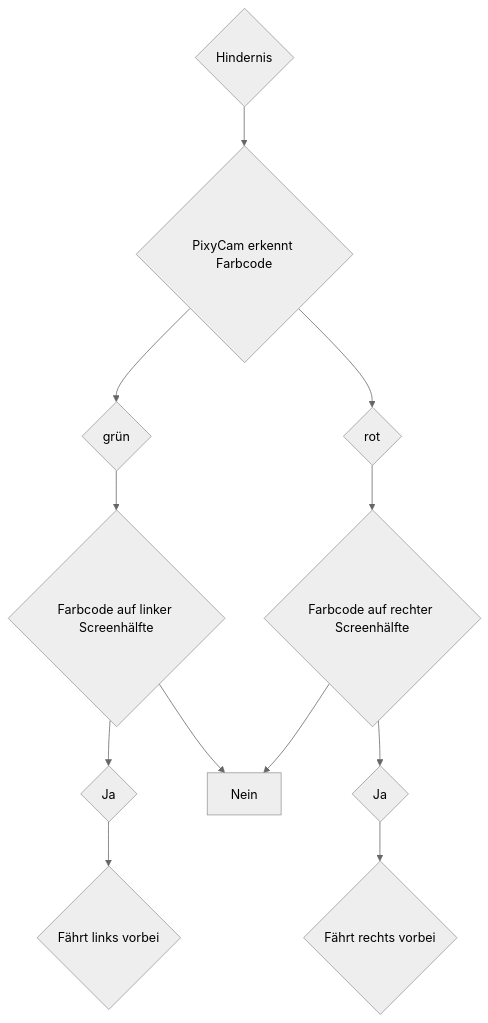
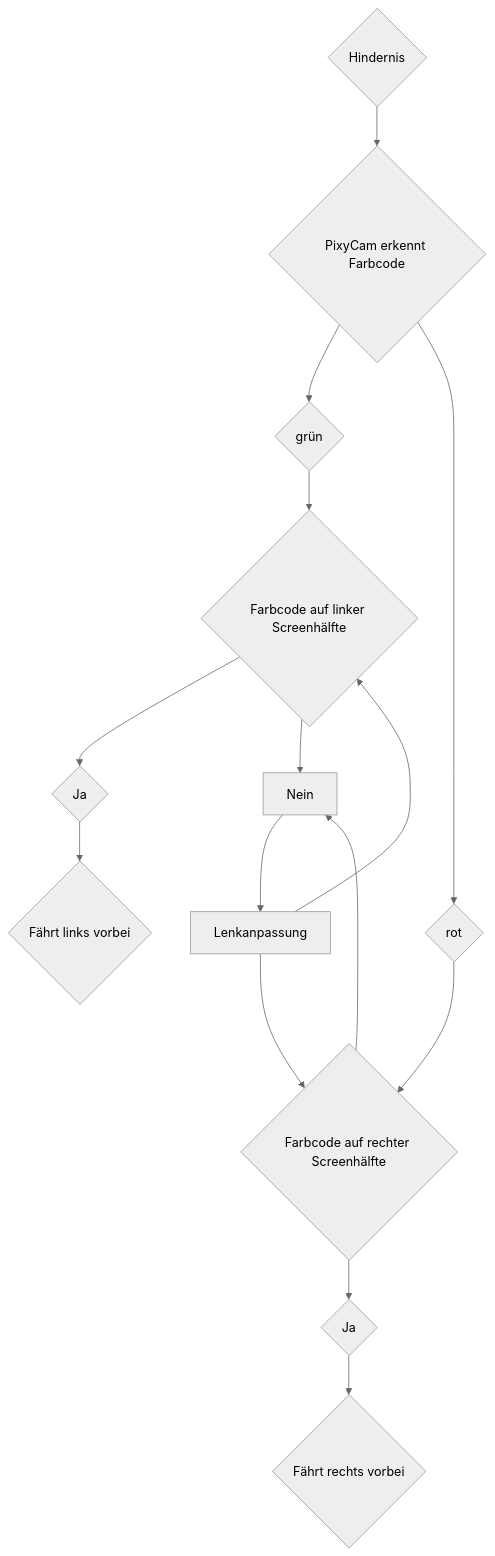
One commit to SchroedingersBit/PfortGTPanama changed the diagram in Programme/Hindernisrennen/README.md. Above: the diagram before and after it, drawn with Mermaid (neutral theme).

````diff
--- a/Programme/Hindernisrennen/README.md
+++ b/Programme/Hindernisrennen/README.md
@@ -4,12 +4,14 @@
 ```mermaid
 graph TB;
 A{Hindernis} -->B{PixyCam erkennt Farbcode};
 B-->E{grün}-->C1{Farbcode auf linker Screenhälfte};
 B-->C{rot}-->C2{Farbcode auf rechter Screenhälfte};
 C1-->J1{Ja};
 C2 --> Nein; C1 --> Nein;
 C2-->J2{Ja};
-
+Nein --> Lenkanpassung;
+Lenkanpassung -->C1;
+Lenkanpassung-->C2;
 J1-->R{Fährt links vorbei};
 J2-->L{Fährt rechts vorbei};
 ```
````
